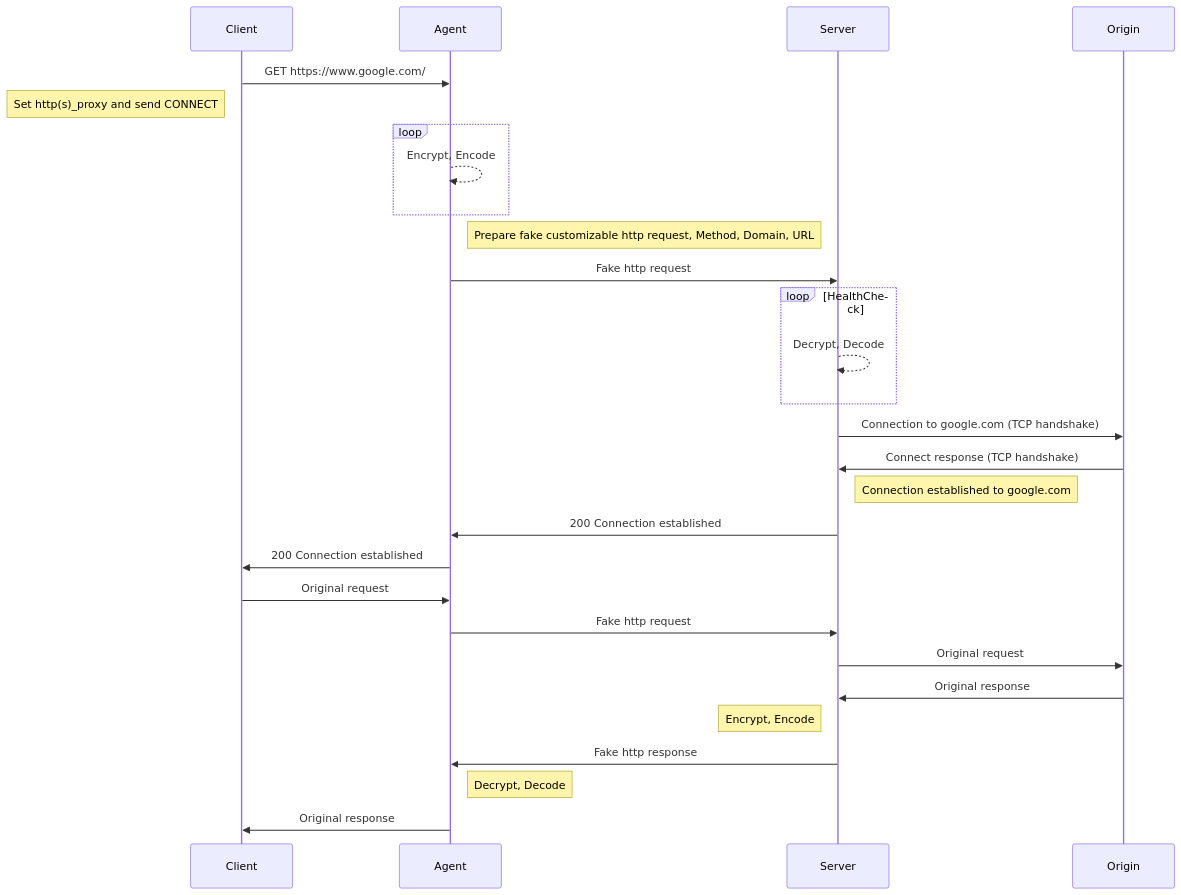
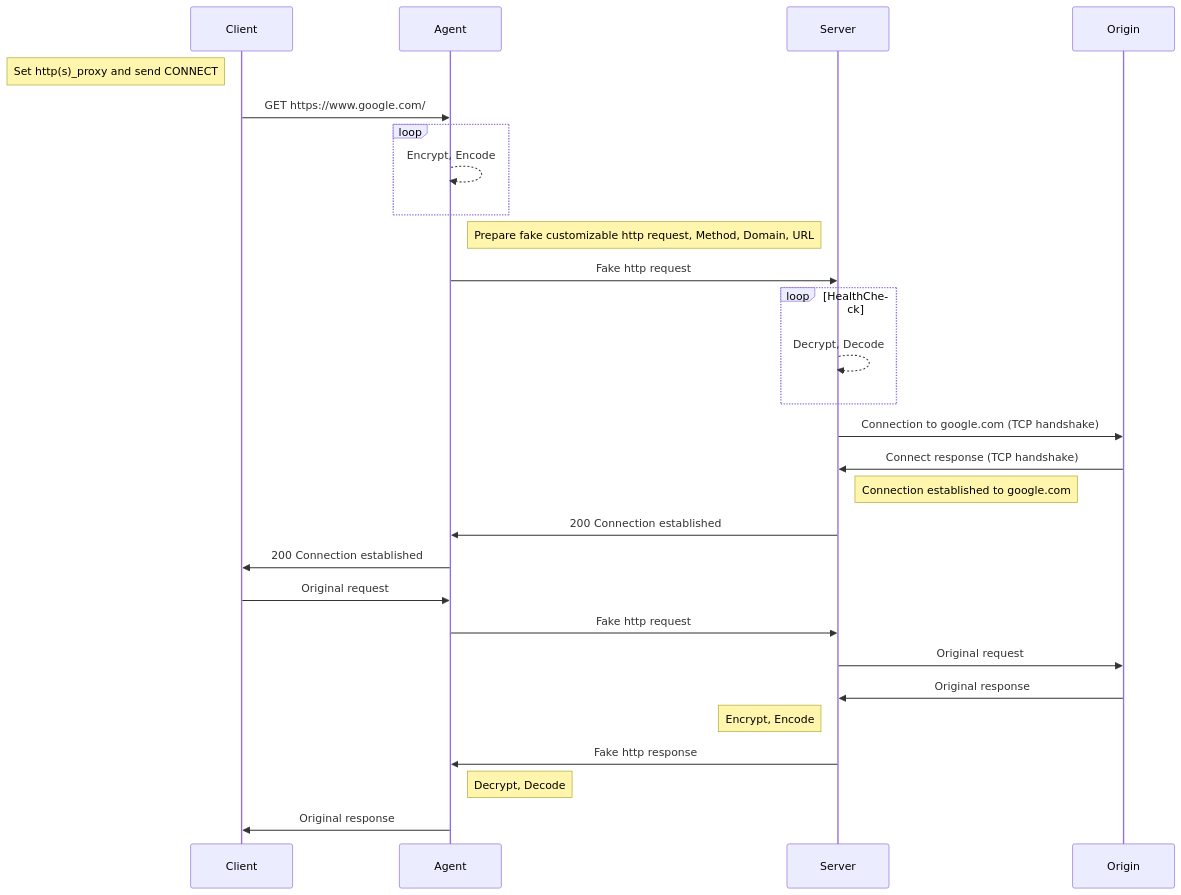
Before and after one commit to MortezaBashsiz/nipovpn: the diagram in README.md, drawn with Mermaid. The commit also changed other lines of this file, not shown here.

````diff
--- a/README.md
+++ b/README.md
@@ -6,29 +6,29 @@
 ```mermaid
 sequenceDiagram
+Note left of Client: Set http(s)_proxy and send CONNECT
 Client ->> Agent: GET https://www.google.com/ 
-Note left of Client: Set http(s)_proxy and send CONNECT
 loop
     Agent-->>Agent: Encrypt, Encode
 end
 Note right of Agent: Prepare fake customizable http request, Method, Domain, URL
 
 Agent ->> Server: Fake http request
 loop HealthCheck
     Server-->>Server: Decrypt, Decode
 end
 Server ->> Origin: Connection to google.com (TCP handshake)
 Origin ->> Server: Connect response (TCP handshake)
 Note right of Server: Connection established to google.com
 Server ->> Agent: 200 Connection established
 Agent ->> Client: 200 Connection established
 Client ->> Agent: Original request
 Agent ->> Server: Fake http request
 Server ->> Origin: Original request
 Origin ->> Server: Original response
 Note left of Server: Encrypt, Encode
 Server ->> Agent: Fake http response
 Note right of Agent: Decrypt, Decode
 Agent ->> Client: Original response
 
 
 ```
````
